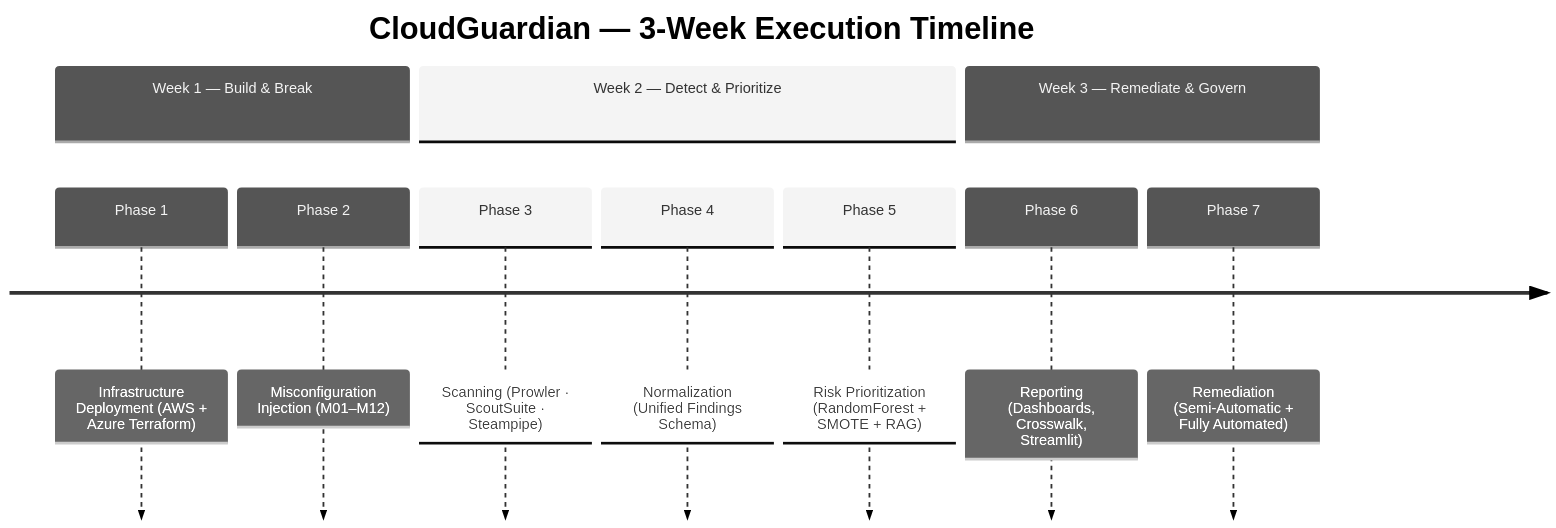
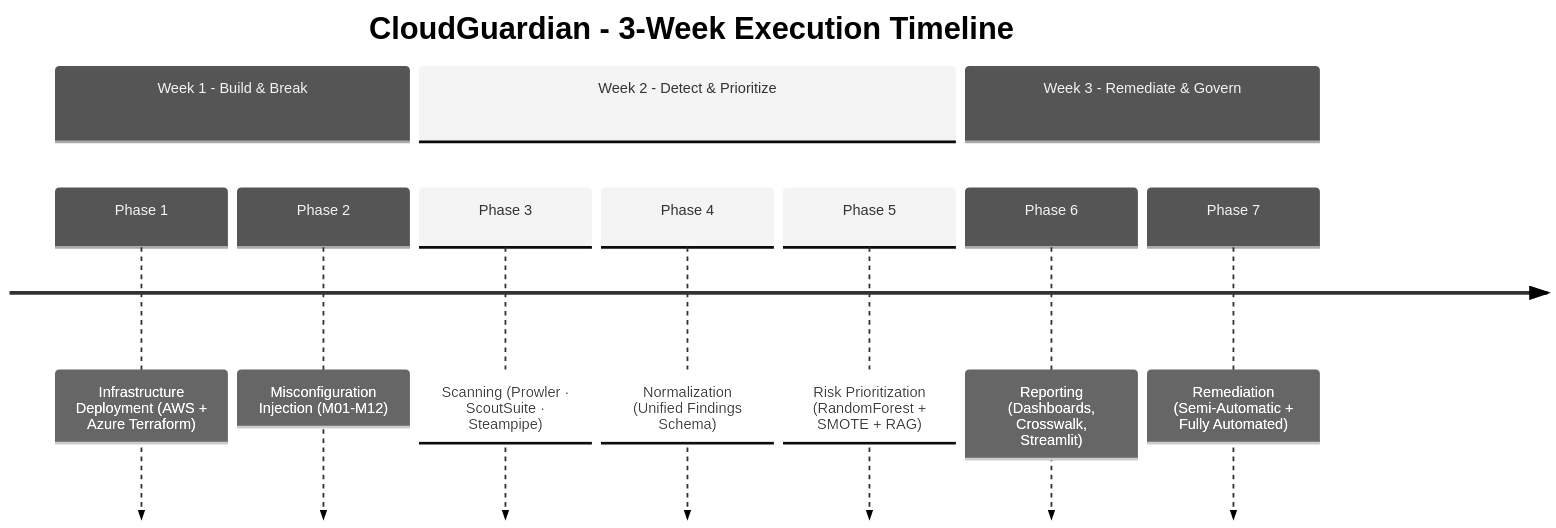
One commit to vkhere/CloudGuardian changed diagram 11 of 11 in README.md. Above: the diagram before and after it, drawn with Mermaid (neutral theme). The commit also changed other lines of this file and 171 other files, not shown here.

````diff
--- a/README.md
+++ b/README.md
@@ -459,14 +459,14 @@
 ```mermaid
 timeline
-    title CloudGuardian — 3-Week Execution Timeline
-    section Week 1 — Build & Break
+    title CloudGuardian - 3-Week Execution Timeline
+    section Week 1 - Build & Break
         Phase 1 : Infrastructure Deployment (AWS + Azure Terraform)
-        Phase 2 : Misconfiguration Injection (M01–M12)
-    section Week 2 — Detect & Prioritize
+        Phase 2 : Misconfiguration Injection (M01-M12)
+    section Week 2 - Detect & Prioritize
         Phase 3 : Scanning (Prowler · ScoutSuite · Steampipe)
         Phase 4 : Normalization (Unified Findings Schema)
         Phase 5 : Risk Prioritization (RandomForest + SMOTE + RAG)
-    section Week 3 — Remediate & Govern
+    section Week 3 - Remediate & Govern
         Phase 6 : Reporting (Dashboards, Crosswalk, Streamlit)
         Phase 7 : Remediation (Semi-Automatic + Fully Automated)
 ```
````
